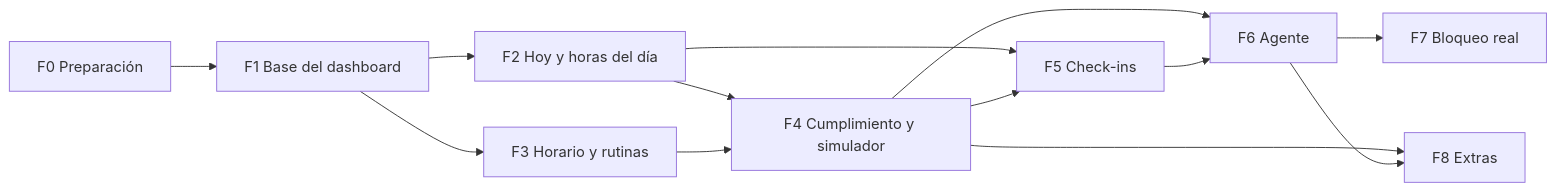
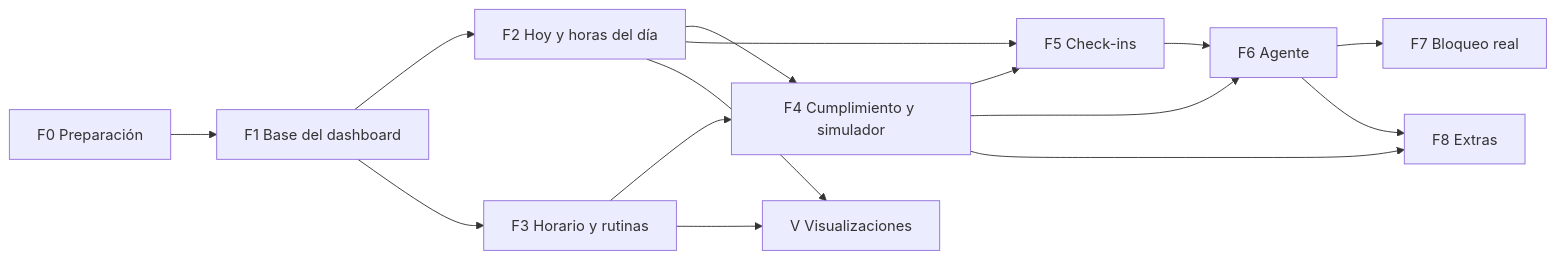
One commit to pikachu-programador/life_tracking changed the diagram in docs/tareas.md. Above: the diagram before and after it, drawn with Mermaid. The commit also changed other lines of this file and 2 other files, not shown here.

First line of the commit message:
chore: visualizaciones y tareas V-01 a V-10

````diff
--- a/docs/tareas.md
+++ b/docs/tareas.md
@@ -54,15 +54,17 @@
 ```mermaid
 flowchart LR
   F0["F0 Preparación"] --> F1["F1 Base del dashboard"]
   F1 --> F2["F2 Hoy y horas del día"]
   F1 --> F3["F3 Horario y rutinas"]
   F2 --> F4["F4 Cumplimiento y simulador"]
   F3 --> F4
   F2 --> F5["F5 Check-ins"]
   F4 --> F5
   F4 --> F6["F6 Agente"]
   F5 --> F6
   F6 --> F7["F7 Bloqueo real"]
   F4 --> F8["F8 Extras"]
   F6 --> F8
+  F2 --> V["V Visualizaciones"]
+  F3 --> V
 ```
````
